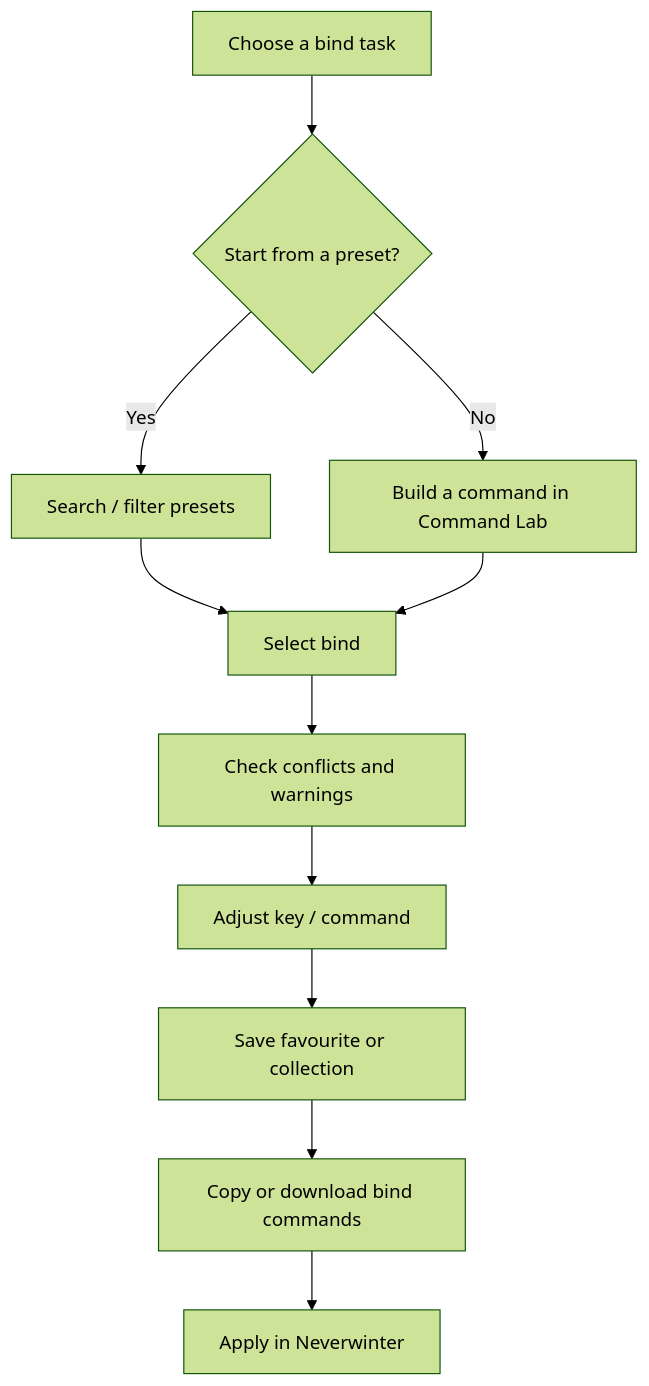
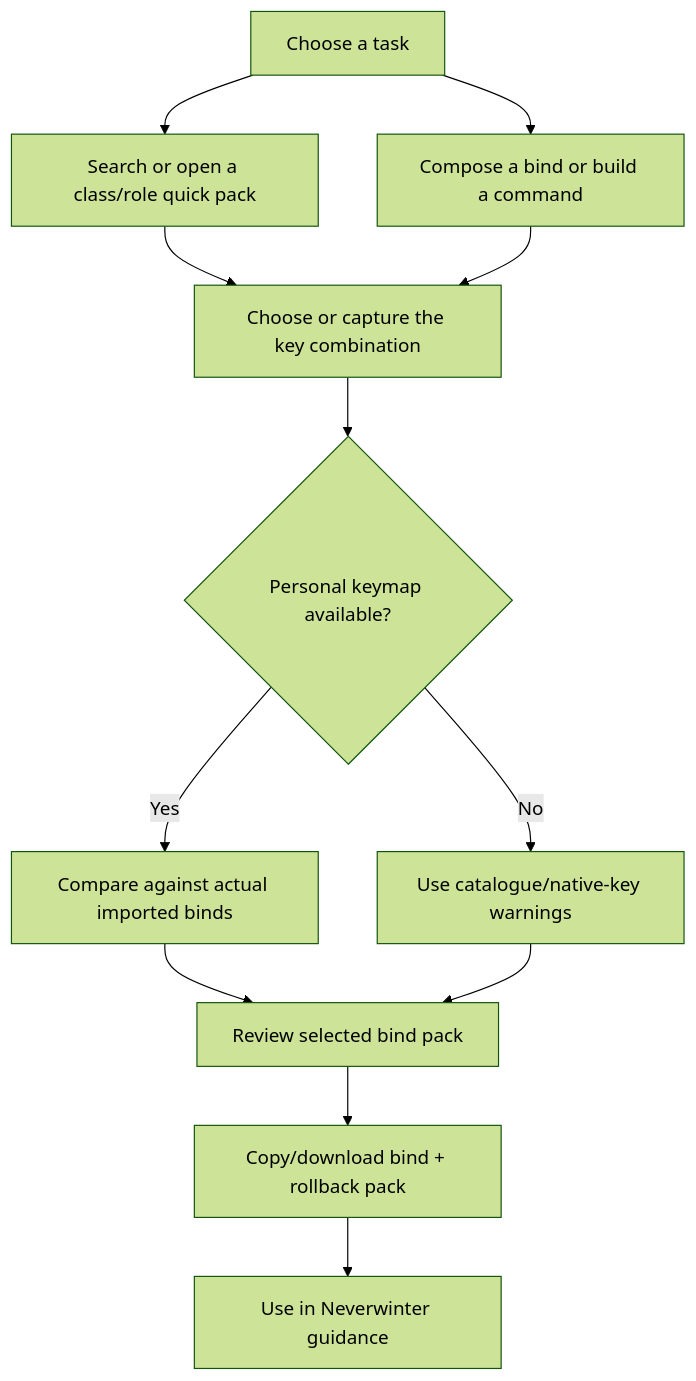
One commit to Nischhalsubba/BindForge-NW changed the second of 3 diagrams in README.md. Above: the diagram before and after it, drawn with Mermaid (forest theme). The commit also changed other lines of this file, not shown here.

````diff
--- a/README.md
+++ b/README.md
@@ -48,13 +65,14 @@
 ```mermaid
 flowchart TD
-    START["Choose a bind task"] --> FIND{"Start from a preset?"}
-    FIND -->|Yes| SEARCH["Search / filter presets"]
-    FIND -->|No| BUILD["Build a command in Command Lab"]
-    SEARCH --> SELECT["Select bind"]
-    BUILD --> SELECT
-    SELECT --> CHECK["Check conflicts and warnings"]
-    CHECK --> EDIT["Adjust key / command"]
-    EDIT --> SAVE["Save favourite or collection"]
-    SAVE --> EXPORT["Copy or download bind commands"]
-    EXPORT --> GAME["Apply in Neverwinter"]
+    START["Choose a task"] --> FIND["Search or open a class/role quick pack"]
+    START --> BUILD["Compose a bind or build a command"]
+    FIND --> KEY["Choose or capture the key combination"]
+    BUILD --> KEY
+    KEY --> IMPORT{"Personal keymap available?"}
+    IMPORT -->|Yes| CHECK["Compare against actual imported binds"]
+    IMPORT -->|No| CHECK2["Use catalogue/native-key warnings"]
+    CHECK --> REVIEW["Review selected bind pack"]
+    CHECK2 --> REVIEW
+    REVIEW --> EXPORT["Copy/download bind + rollback pack"]
+    EXPORT --> GUIDE["Use in Neverwinter guidance"]
 ```
````
